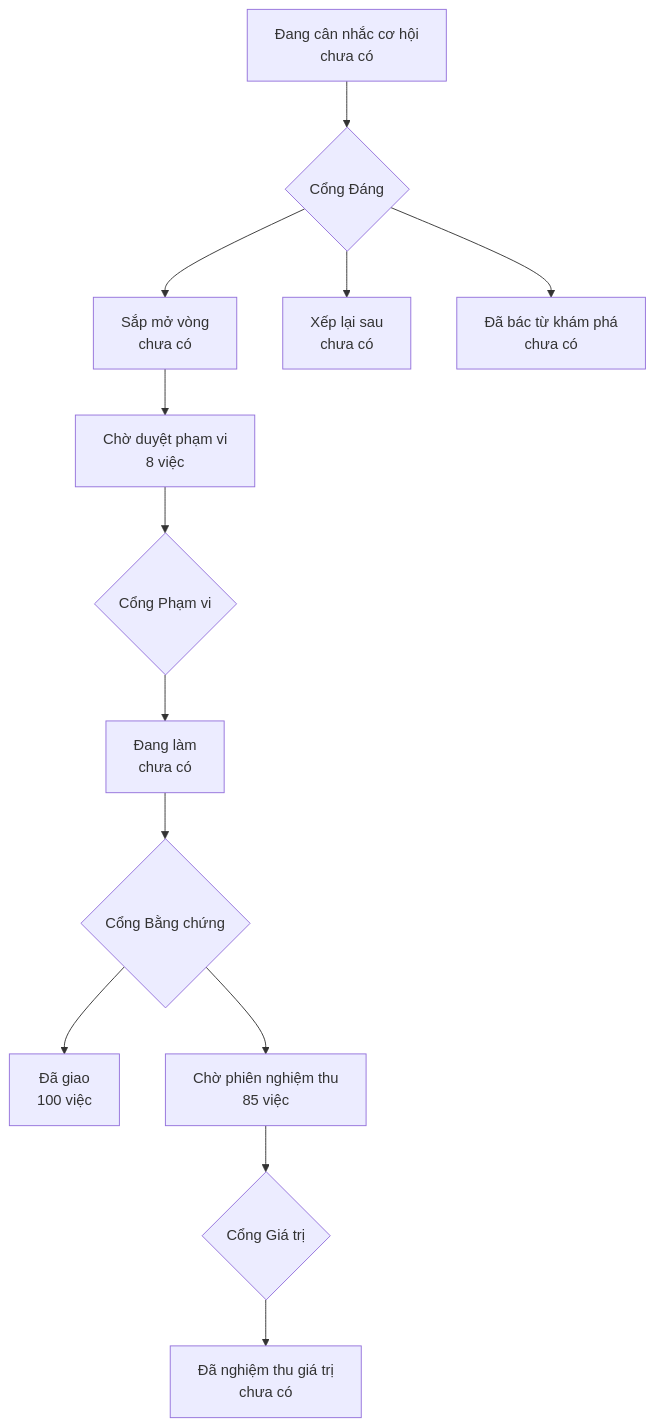
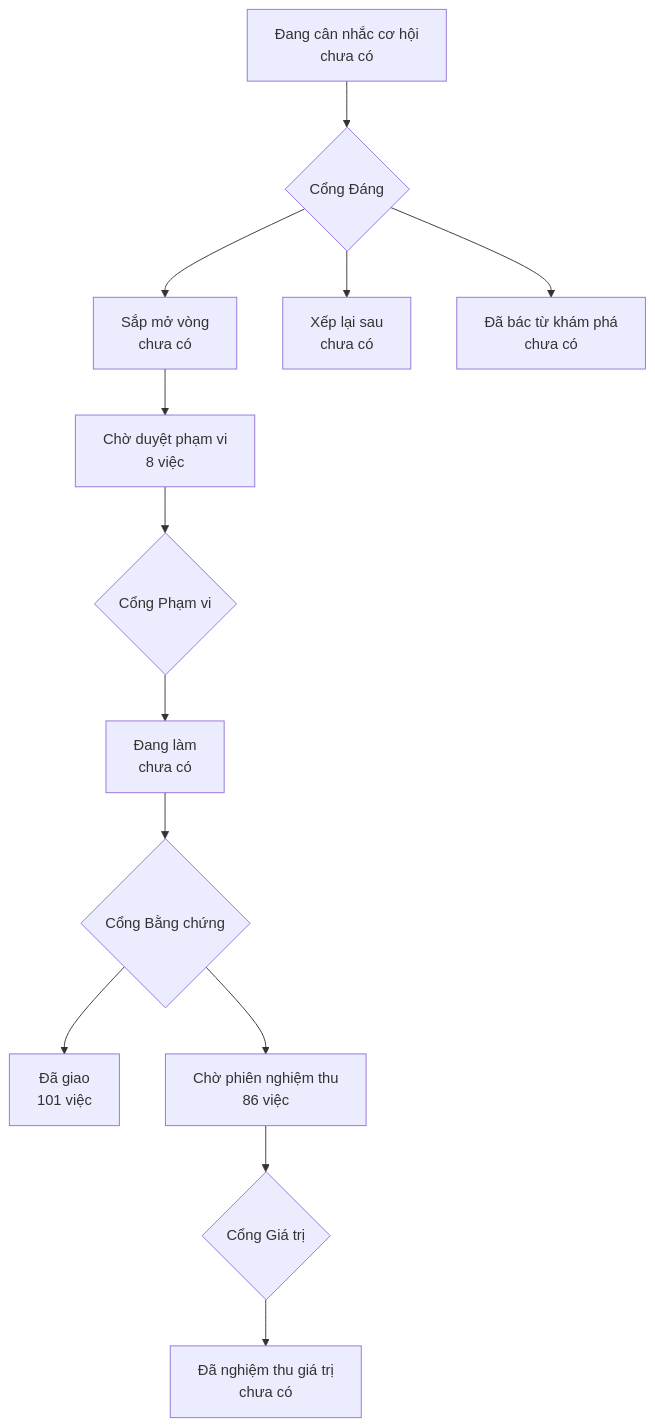
The diagram in PRODUCT-MAP.md (phanlemanh/onehub-invest), drawn with Mermaid before and after one commit. The commit also changed other lines of this file and 1 other file, not shown here.

Commit message:
chore(acceptance): vẽ lại bản đồ sau khi gộp main

````diff
--- a/PRODUCT-MAP.md
+++ b/PRODUCT-MAP.md
@@ -7,12 +7,12 @@
 ```mermaid
 flowchart TD
   A["Đang cân nhắc cơ hội<br/>chưa có"] --> GD{"Cổng Đáng"}
   GD --> B["Sắp mở vòng<br/>chưa có"]
   GD --> XL["Xếp lại sau<br/>chưa có"]
   GD --> DB["Đã bác từ khám phá<br/>chưa có"]
   B --> CD["Chờ duyệt phạm vi<br/>8 việc"] --> GP{"Cổng Phạm vi"}
   GP --> DL["Đang làm<br/>chưa có"] --> GB{"Cổng Bằng chứng"}
-  GB --> DG["Đã giao<br/>100 việc"]
-  GB --> CN["Chờ phiên nghiệm thu<br/>85 việc"] --> GG{"Cổng Giá trị"}
+  GB --> DG["Đã giao<br/>101 việc"]
+  GB --> CN["Chờ phiên nghiệm thu<br/>86 việc"] --> GG{"Cổng Giá trị"}
   GG --> NT["Đã nghiệm thu giá trị<br/>chưa có"]
 ```
````
